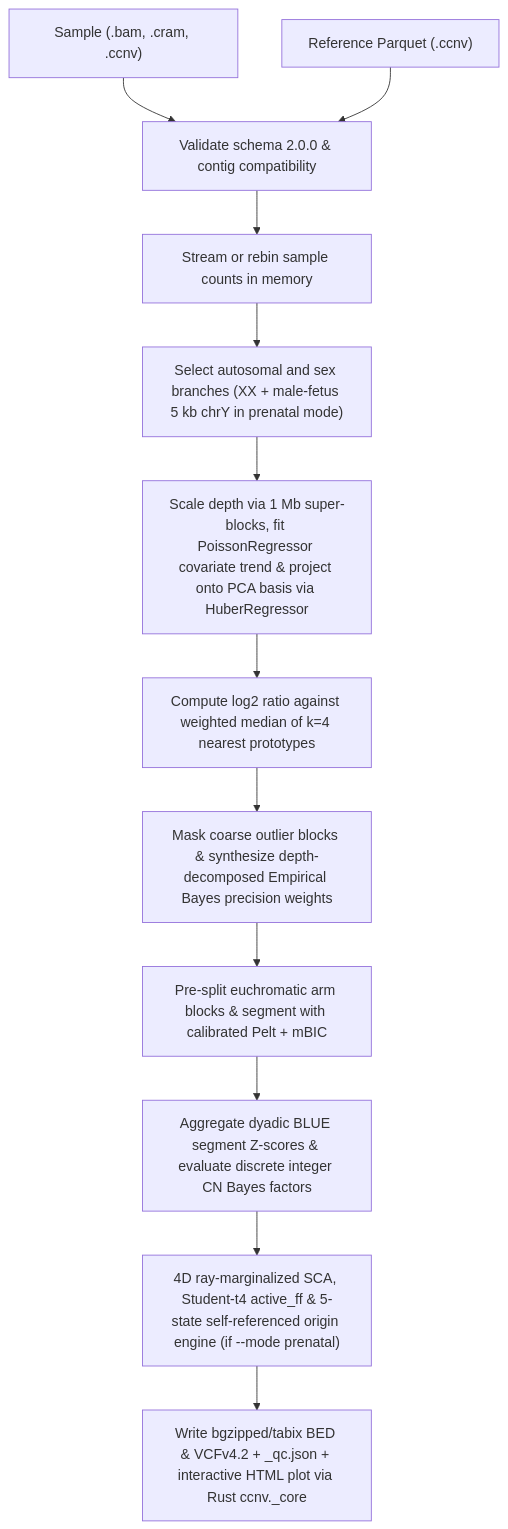
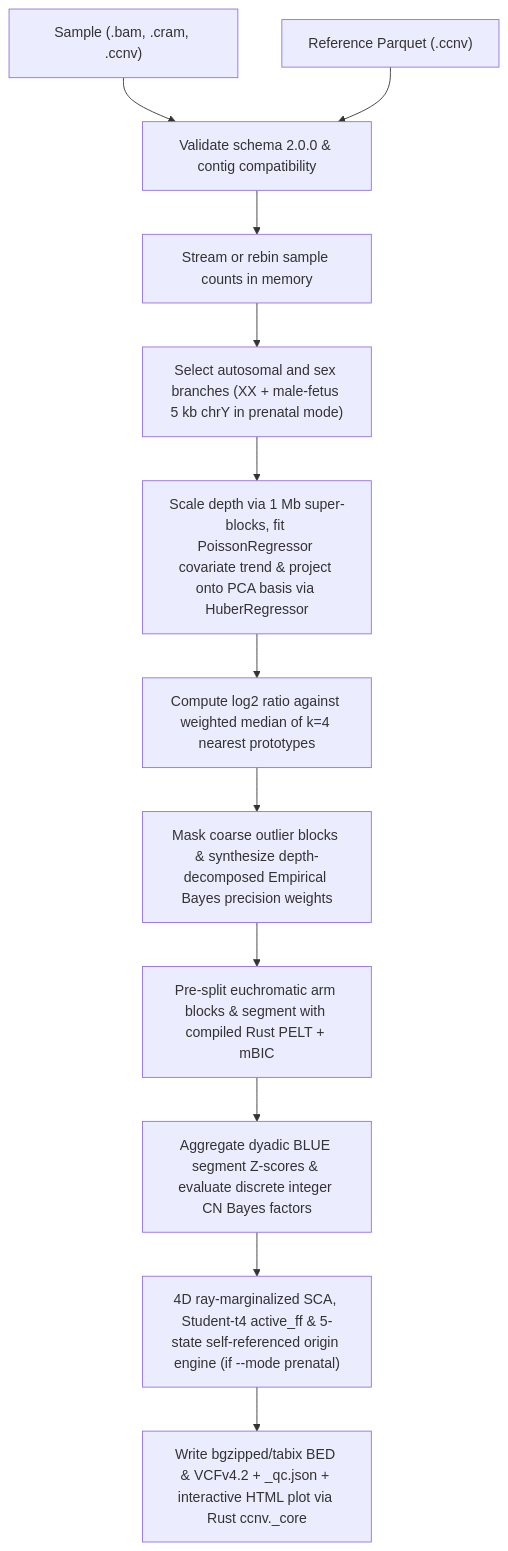
Before and after one commit to matthdsm/ccnv: the fourth of 4 diagrams in docs/pipeline.md, drawn with Mermaid. The commit also changed other lines of this file and 15 other files, not shown here.

First line of the commit message:
perf(segmentation): replace runtime ruptures with compiled Rust PELT kernel

````diff
--- a/docs/pipeline.md
+++ b/docs/pipeline.md
@@ -96,14 +96,14 @@
 ```mermaid
 flowchart TD
     InSample["Sample (.bam, .cram, .ccnv)"] --> LoadCompat["Validate schema 2.0.0 & contig compatibility"]
     InRef["Reference Parquet (<reference>.ccnv)"] --> LoadCompat
     LoadCompat --> RebinCheck["Stream or rebin sample counts in memory"]
     RebinCheck --> BranchSelect["Select autosomal and sex branches (XX + male-fetus 5 kb chrY in prenatal mode)"]
     BranchSelect --> ProjectPCA["Scale depth via 1 Mb super-blocks, fit PoissonRegressor covariate trend & project onto PCA basis via HuberRegressor"]
     ProjectPCA --> MatchPrototypes["Compute log2 ratio against weighted median of k=4 nearest prototypes"]
     MatchPrototypes --> IterativeMask["Mask coarse outlier blocks & synthesize depth-decomposed Empirical Bayes precision weights"]
-    IterativeMask --> SegEngine["Pre-split euchromatic arm blocks & segment with calibrated Pelt + mBIC"]
+    IterativeMask --> SegEngine["Pre-split euchromatic arm blocks & segment with compiled Rust PELT + mBIC"]
     SegEngine --> CallEvents["Aggregate dyadic BLUE segment Z-scores & evaluate discrete integer CN Bayes factors"]
     CallEvents --> PrenatalAnnot["4D ray-marginalized SCA, Student-t4 active_ff & 5-state self-referenced origin engine (if --mode prenatal)"]
     PrenatalAnnot --> Outputs["Write bgzipped/tabix BED & VCFv4.2 + _qc.json + interactive HTML plot via Rust ccnv._core"]
 ```
````
